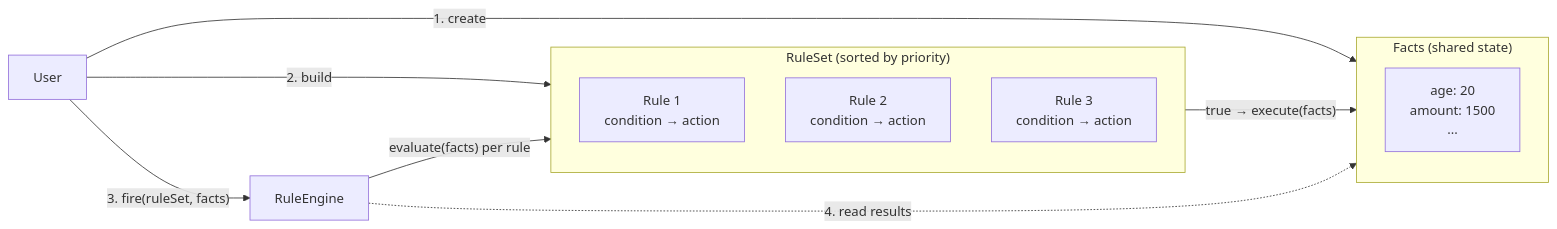
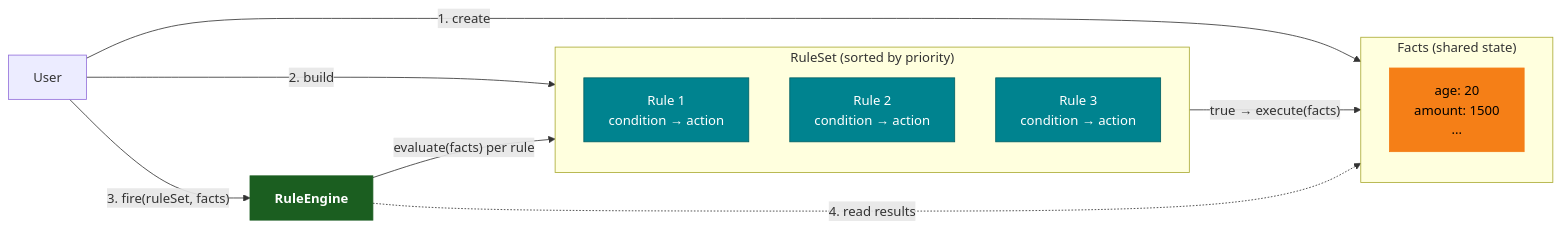
The first of 8 diagrams in utils/rule-engine/README.md (bluetape4k/bluetape4k-projects), drawn with Mermaid before and after one commit. The commit also changed other lines of this file and 221 other files, not shown here.

First line of the commit message:
docs: 전체 모듈 README UML 다이어그램 보강 및 색상 업그레이드

````diff
--- a/utils/rule-engine/README.md
+++ b/utils/rule-engine/README.md
@@ -14,19 +14,28 @@
 ```mermaid
 flowchart LR
     subgraph Facts["Facts (shared state)"]
         KV["age: 20\namount: 1500\n..."]
     end
 
     subgraph RS["RuleSet (sorted by priority)"]
         R1["Rule 1\ncondition → action"]
         R2["Rule 2\ncondition → action"]
         R3["Rule 3\ncondition → action"]
     end
 
     User -->|" 1. create "| Facts
     User -->|" 2. build "| RS
     User -->|" 3. fire(ruleSet, facts) "| RE[RuleEngine]
     RE -->|" evaluate(facts) per rule "| RS
     RS -->|" true → execute(facts) "| Facts
     RE -.->|" 4. read results "| Facts
+
+    classDef coreStyle fill:#1B5E20,stroke:#1B5E20,color:#FFFFFF,font-weight:bold
+    classDef serviceStyle fill:#1565C0,stroke:#1565C0,color:#FFFFFF
+    classDef dataStyle fill:#F57F17,stroke:#F57F17,color:#000000
+    classDef dslStyle fill:#00838F,stroke:#006064,color:#FFFFFF
+
+    class RE coreStyle
+    class R1,R2,R3 dslStyle
+    class KV dataStyle
 ```
````
